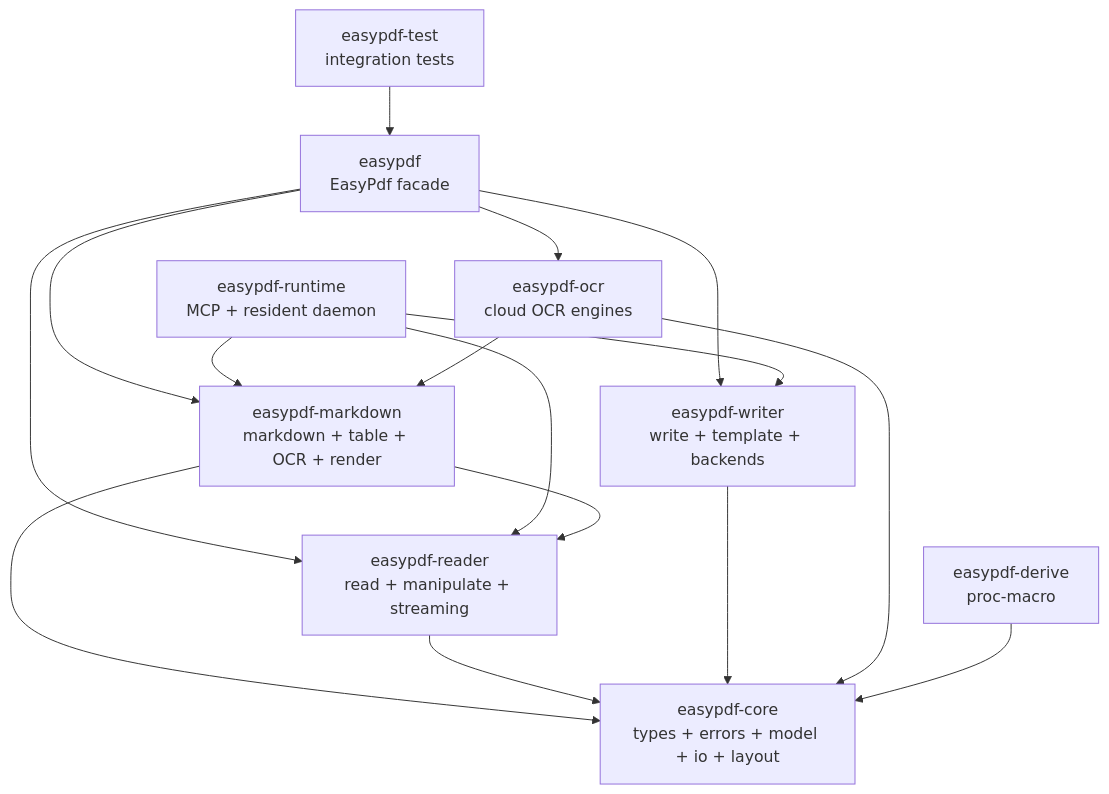
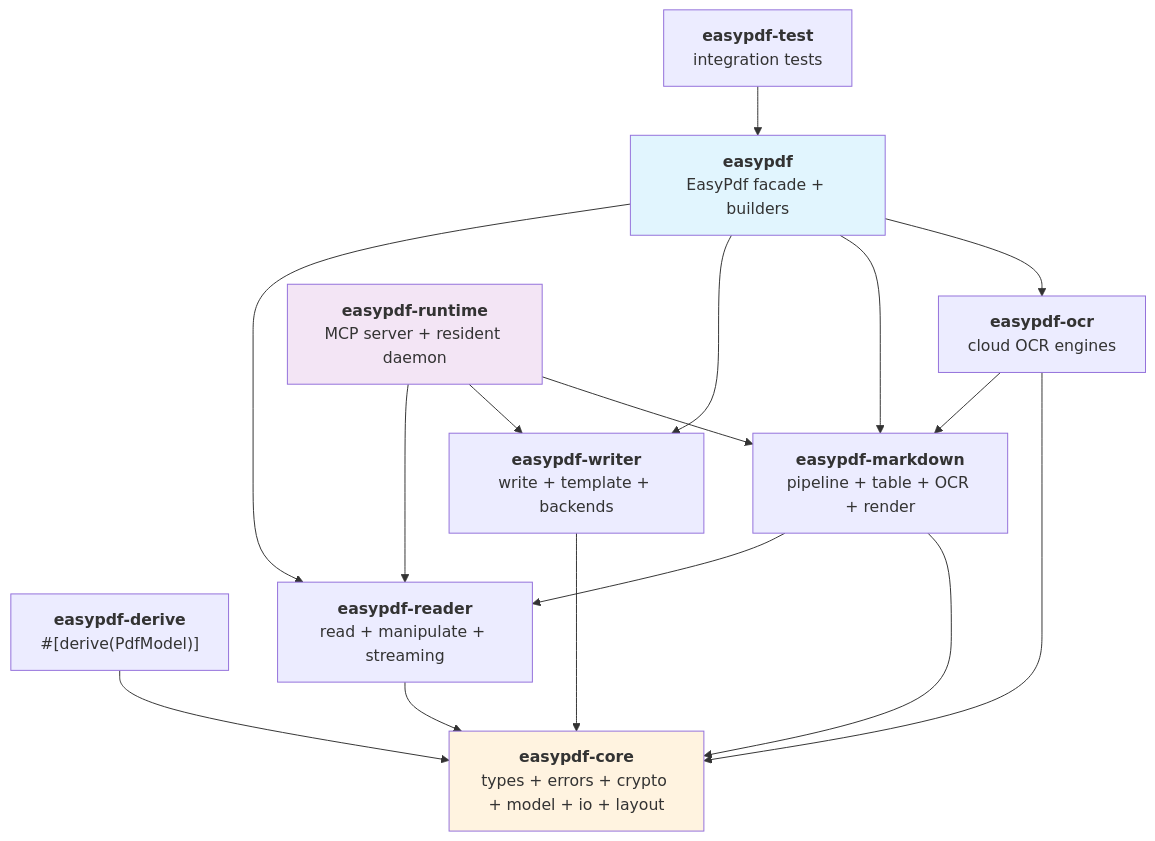
Before and after one commit to easy-4-rust/easypdf-rust: the diagram in README.md, drawn with Mermaid. The commit also changed other lines of this file and 25 other files, not shown here.

````diff
--- a/README.md
+++ b/README.md
@@ -164,21 +30,25 @@
 ```mermaid
 flowchart TB
-    facade["easypdf\nEasyPdf facade"]
-    core["easypdf-core\ntypes + errors + model + io + layout"]
-    derive["easypdf-derive\nproc-macro"]
-    reader["easypdf-reader\nread + manipulate + streaming"]
-    writer["easypdf-writer\nwrite + template + backends"]
-    markdown["easypdf-markdown\nmarkdown + table + OCR + render"]
-    ocr["easypdf-ocr\ncloud OCR engines"]
-    runtime["easypdf-runtime\nMCP + resident daemon"]
-    test["easypdf-test\nintegration tests"]
+    facade["<b>easypdf</b>\nEasyPdf facade + builders"]
+    core["<b>easypdf-core</b>\ntypes + errors + crypto + model + io + layout"]
+    derive["<b>easypdf-derive</b>\n#[derive(PdfModel)]"]
+    reader["<b>easypdf-reader</b>\nread + manipulate + streaming"]
+    writer["<b>easypdf-writer</b>\nwrite + template + backends"]
+    markdown["<b>easypdf-markdown</b>\npipeline + table + OCR + render"]
+    ocr["<b>easypdf-ocr</b>\ncloud OCR engines"]
+    runtime["<b>easypdf-runtime</b>\nMCP server + resident daemon"]
+    test["<b>easypdf-test</b>\nintegration tests"]
 
-    facade --> markdown & reader & writer & ocr
+    facade --> reader & writer & markdown & ocr
     runtime --> reader & writer & markdown
     markdown --> reader & core
     reader --> core
     writer --> core
     ocr --> markdown & core
     derive --> core
     test --> facade
+
+    style facade fill:#e1f5fe
+    style core fill:#fff3e0
+    style runtime fill:#f3e5f5
 ```
````
